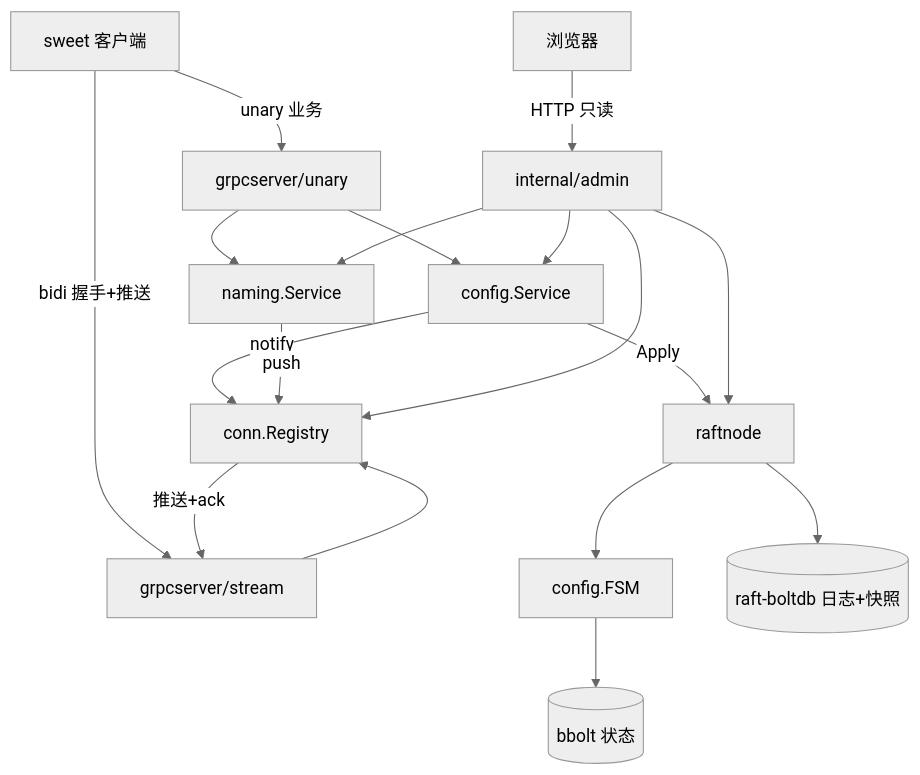
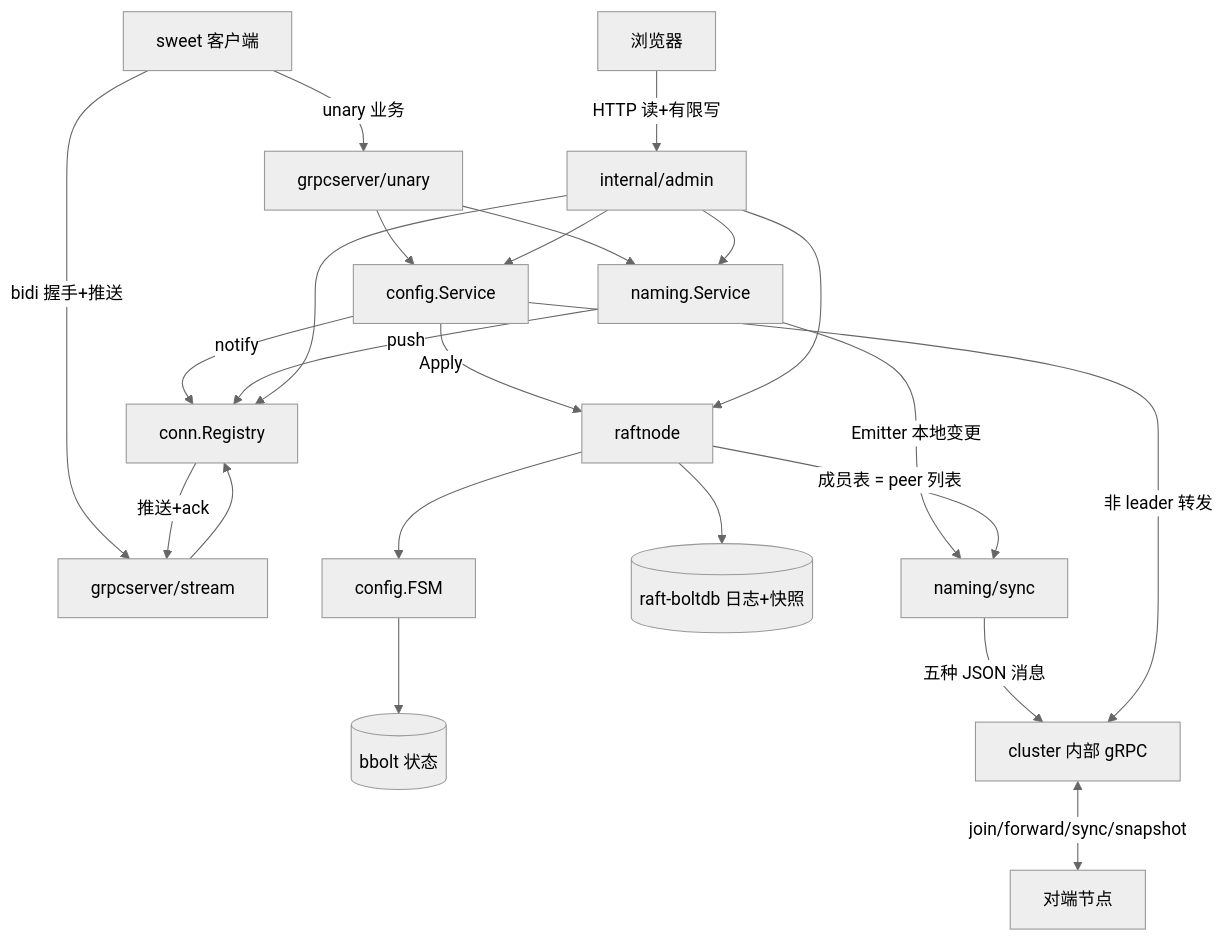
The diagram in doc/design.md (javahongxi/go-nacos), drawn with Mermaid (neutral theme) before and after one commit. The commit also changed other lines of this file, not shown here.

````diff
--- a/doc/design.md
+++ b/doc/design.md
@@ -31,20 +31,25 @@
 ```mermaid
 graph TD
     C[sweet 客户端] -->|unary 业务| U[grpcserver/unary]
     C -->|bidi 握手+推送| S[grpcserver/stream]
     U --> CFG[config.Service]
     U --> NAM[naming.Service]
     S --> CONN[conn.Registry]
     CFG -->|Apply| RAFT[raftnode]
     RAFT --> FSM[config.FSM]
     FSM --> BB[(bbolt 状态)]
     RAFT --> LOG[(raft-boltdb 日志+快照)]
     CFG -->|notify| CONN
     NAM -->|push| CONN
     CONN -->|推送+ack| S
-    B[浏览器] -->|HTTP 只读| ADM[internal/admin]
+    NAM -->|Emitter 本地变更| NS[naming/sync]
+    NS -->|五种 JSON 消息| CL[cluster 内部 gRPC]
+    CFG -->|非 leader 转发| CL
+    CL <-->|join/forward/sync/snapshot| P[对端节点]
+    RAFT -->|成员表 = peer 列表| NS
+    B[浏览器] -->|HTTP 读+有限写| ADM[internal/admin]
     ADM --> CFG
     ADM --> NAM
     ADM --> CONN
     ADM --> RAFT
 ```
````
